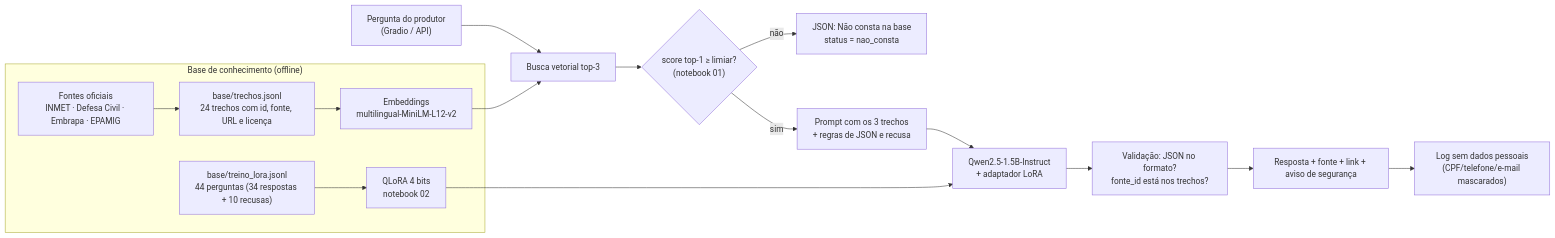
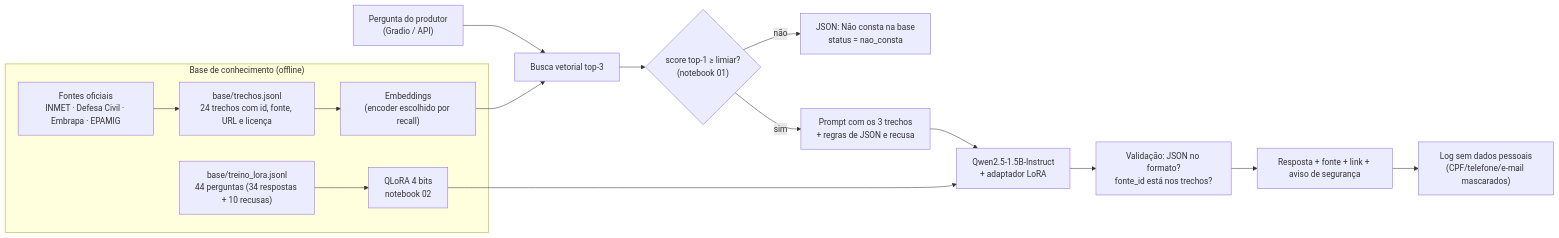
One commit to palomari/agrofacil-genai changed the diagram in README.md. Above: the diagram before and after it, drawn with Mermaid. The commit also changed other lines of this file and 27 other files, not shown here.

````diff
--- a/README.md
+++ b/README.md
@@ -43,18 +43,18 @@
 ```mermaid
 flowchart LR
     subgraph Base["Base de conhecimento (offline)"]
         F["Fontes oficiais<br/>INMET · Defesa Civil · Embrapa · EPAMIG"] --> T["base/trechos.jsonl<br/>24 trechos com id, fonte, URL e licença"]
-        T --> E["Embeddings<br/>multilingual-MiniLM-L12-v2"]
+        T --> E["Embeddings<br/>(encoder escolhido por recall)"]
         TR["base/treino_lora.jsonl<br/>44 perguntas (34 respostas + 10 recusas)"] --> L["QLoRA 4 bits<br/>notebook 02"]
     end
     U["Pergunta do produtor<br/>(Gradio / API)"] --> B["Busca vetorial top-3"]
     E --> B
     B --> G{"score top-1 ≥ limiar?<br/>(notebook 01)"}
     G -- não --> R["JSON: Não consta na base<br/>status = nao_consta"]
     G -- sim --> P["Prompt com os 3 trechos<br/>+ regras de JSON e recusa"]
     P --> M["Qwen2.5-1.5B-Instruct<br/>+ adaptador LoRA"]
     L --> M
     M --> V["Validação: JSON no formato?<br/>fonte_id está nos trechos?"]
     V --> S["Resposta + fonte + link + aviso de segurança"]
     S --> LOG["Log sem dados pessoais<br/>(CPF/telefone/e-mail mascarados)"]
 ```
````
